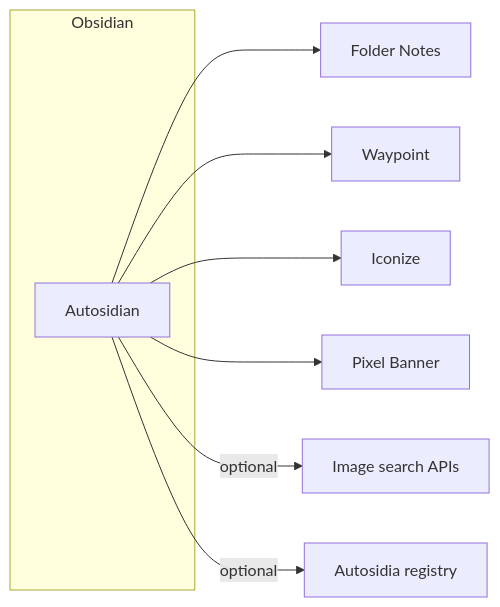
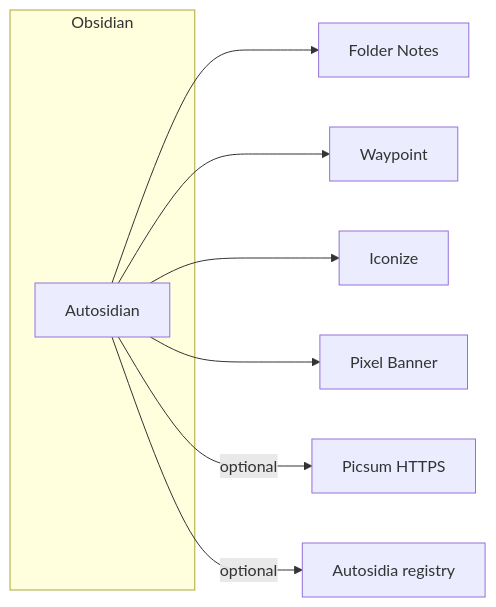
One commit to lxpk/autosidian changed the diagram in ARCHITECTURE.md. Above: the diagram before and after it, drawn with Mermaid. The commit also changed other lines of this file and 70 other files, not shown here.

````diff
--- a/ARCHITECTURE.md
+++ b/ARCHITECTURE.md
@@ -7,16 +7,16 @@
 ```mermaid
 flowchart LR
   subgraph obsidian[Obsidian]
     A[Autosidian]
   end
   FN[Folder Notes]
   W[Waypoint]
   I[Iconize]
   PB[Pixel Banner]
   A --> FN
   A --> W
   A --> I
   A --> PB
-  A -->|optional| Web[Image search APIs]
+  A -->|optional| Web[Picsum HTTPS]
   A -->|optional| Reg[Autosidia registry]
 ```
````
